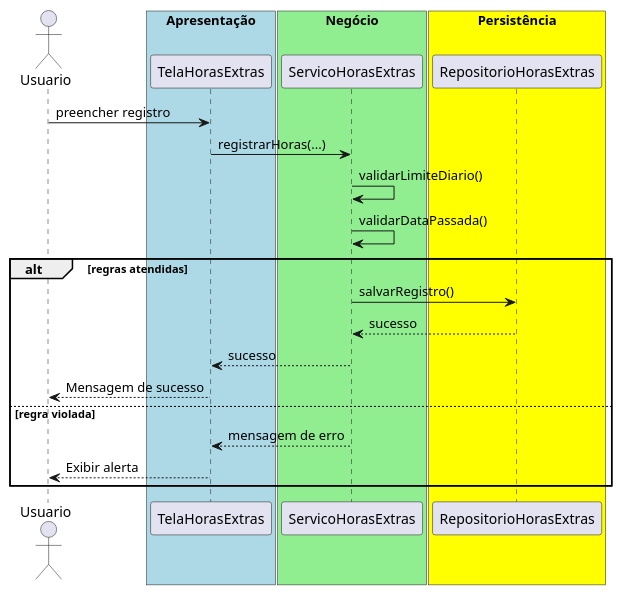
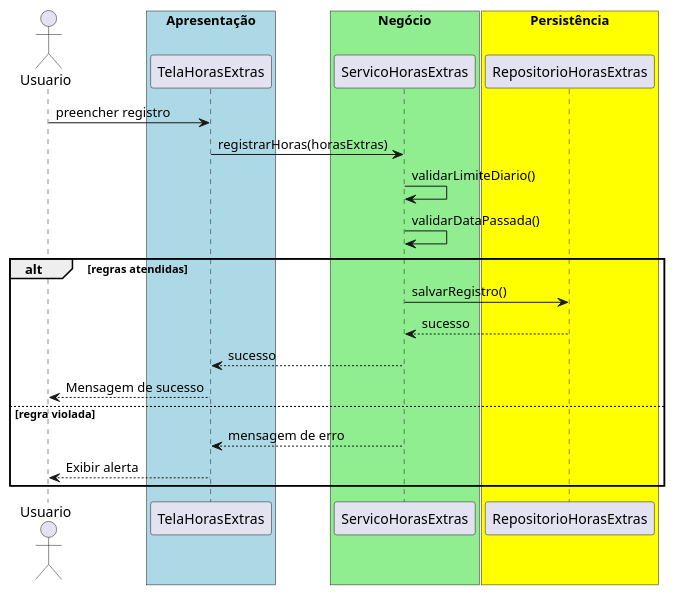
The diagram in src/trabalhos/Trabalho07.md (20261-ifba-saj-ads-poo/blog), drawn with PlantUML before and after one commit. The commit also changed other lines of this file and 35 other files, not shown here.

````diff
--- a/src/trabalhos/Trabalho07.md
+++ b/src/trabalhos/Trabalho07.md
@@ -28,27 +28,27 @@
 ```plantuml{kroki=true}
 @startuml
 actor Usuario
 box "Apresentação" #lightblue
     participant TelaHorasExtras
 end box
 box "Negócio" #lightgreen
     participant ServicoHorasExtras
 end box
 box "Persistência" #yellow
     participant RepositorioHorasExtras
 end box
 Usuario -> TelaHorasExtras : preencher registro
-TelaHorasExtras -> ServicoHorasExtras : registrarHoras(...)
+TelaHorasExtras -> ServicoHorasExtras : registrarHoras(horasExtras)
 ServicoHorasExtras -> ServicoHorasExtras : validarLimiteDiario()
 ServicoHorasExtras -> ServicoHorasExtras : validarDataPassada()
 alt regras atendidas
     ServicoHorasExtras -> RepositorioHorasExtras : salvarRegistro()
     RepositorioHorasExtras --> ServicoHorasExtras : sucesso
     ServicoHorasExtras --> TelaHorasExtras : sucesso
     TelaHorasExtras --> Usuario : Mensagem de sucesso
 else regra violada
     ServicoHorasExtras --> TelaHorasExtras : mensagem de erro
     TelaHorasExtras --> Usuario : Exibir alerta
 end
 @enduml
 ```
````
